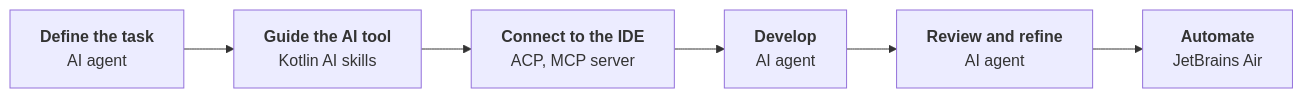
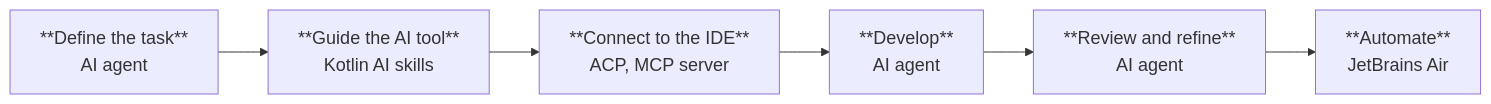
One commit to JetBrains/kotlin-web-site changed the diagram in docs/topics/ai/ai-for-development.md. Above: the diagram before and after it, drawn with Mermaid. The commit also changed other lines of this file, not shown here.

Commit message:
product teams review

````diff
--- a/docs/topics/ai/ai-for-development.md
+++ b/docs/topics/ai/ai-for-development.md
@@ -15,11 +15,20 @@
 ```mermaid
 graph LR
-    DefineTask["<b>Define the task</b><br/>AI agent</br>"]
-    Guide["<b>Guide the AI tool</b><br/>Kotlin AI skills"]
-    Connect["<b>Connect to the IDE</b><br/>ACP, MCP server"]
-    Implement["<b>Develop</b><br/>AI agent"]
-    Review["<b>Review and refine</b><br/>AI agent"]
-    Automate["<b>Automate</b><br/>JetBrains Air"]
+    DefineTask["**Define the task**
+        AI agent"]
+    Guide["**Guide the AI tool**
+        Kotlin AI skills"]
+    Connect["**Connect to the IDE**
+        ACP, MCP server"]
+    Implement["**Develop**
+        AI agent"]
+    Review["**Review and refine**
+        AI agent"]
+    Automate["**Automate**
+        JetBrains Air"]
 
     DefineTask --> Guide --> Connect --> Implement --> Review --> Automate
+
+    classDef largeNode font-size:18px;
+    class DefineTask,Guide,Connect,Implement,Review,Automate largeNode;
 ```
````
